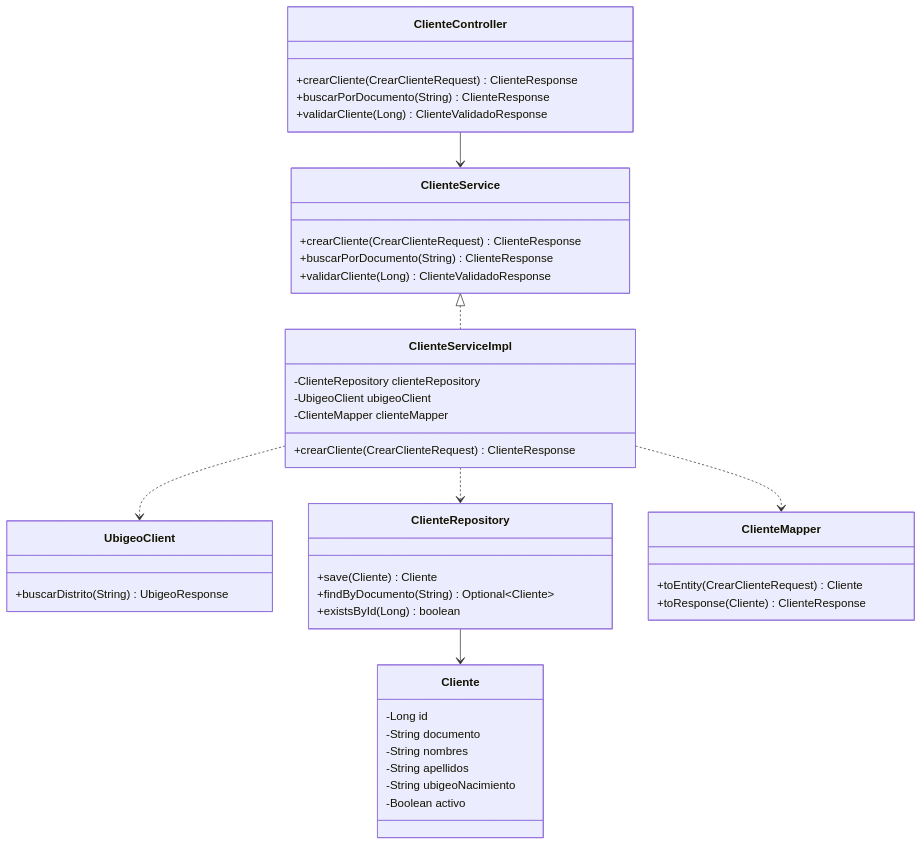
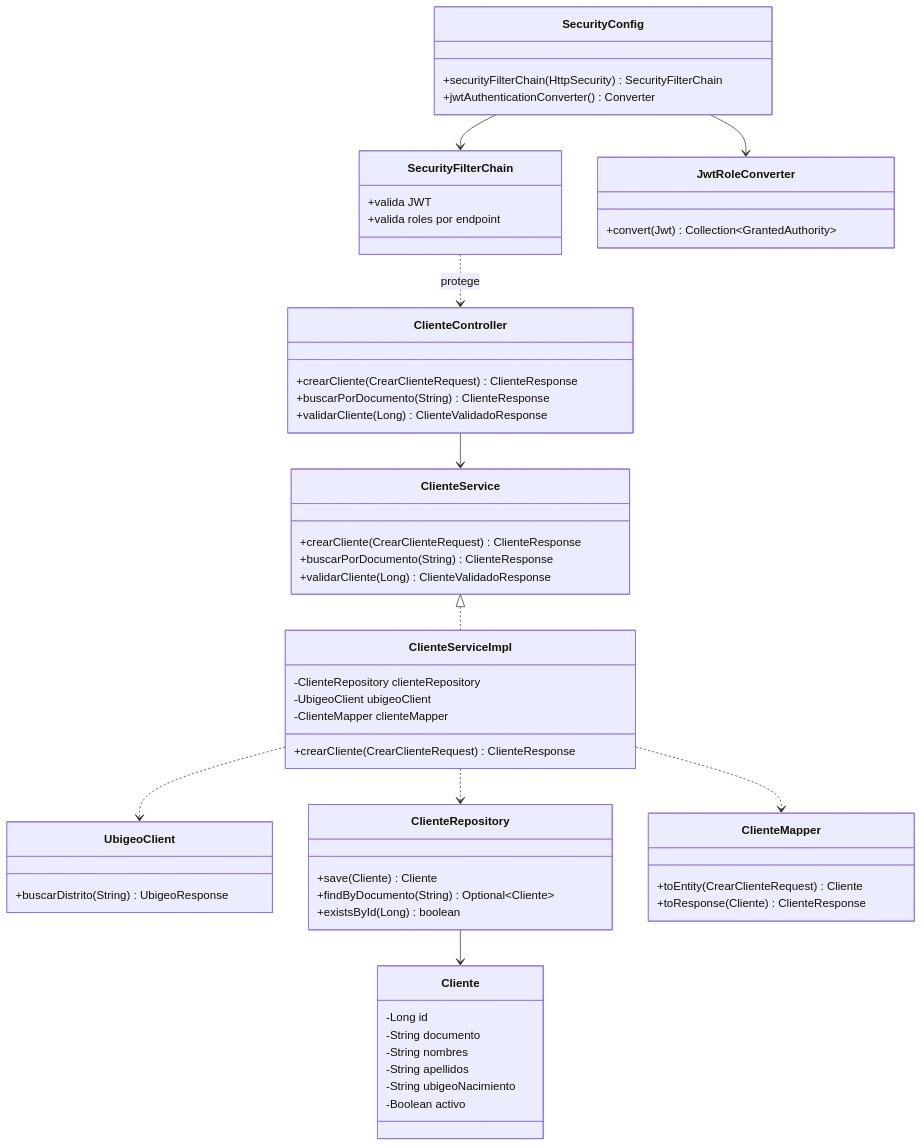
Before and after one commit to 262dist/pagatu: the sixth of 10 diagrams in README.md, drawn with Mermaid. The commit also changed other lines of this file, not shown here.

````diff
--- a/README.md
+++ b/README.md
@@ -211,52 +211,69 @@
 ```mermaid
 classDiagram
+    class SecurityConfig {
+        +securityFilterChain(HttpSecurity) SecurityFilterChain
+        +jwtAuthenticationConverter() Converter
+    }
+
+    class SecurityFilterChain {
+        +valida JWT
+        +valida roles por endpoint
+    }
+
+    class JwtRoleConverter {
+        +convert(Jwt) Collection~GrantedAuthority~
+    }
+
     class ClienteController {
         +crearCliente(CrearClienteRequest) ClienteResponse
         +buscarPorDocumento(String) ClienteResponse
         +validarCliente(Long) ClienteValidadoResponse
     }
 
     class ClienteService {
         +crearCliente(CrearClienteRequest) ClienteResponse
         +buscarPorDocumento(String) ClienteResponse
         +validarCliente(Long) ClienteValidadoResponse
     }
 
     class ClienteServiceImpl {
         -ClienteRepository clienteRepository
         -UbigeoClient ubigeoClient
         -ClienteMapper clienteMapper
         +crearCliente(CrearClienteRequest) ClienteResponse
     }
 
     class UbigeoClient {
         +buscarDistrito(String) UbigeoResponse
     }
 
     class ClienteRepository {
         +save(Cliente) Cliente
         +findByDocumento(String) Optional~Cliente~
         +existsById(Long) boolean
     }
 
     class ClienteMapper {
         +toEntity(CrearClienteRequest) Cliente
         +toResponse(Cliente) ClienteResponse
     }
 
     class Cliente {
         -Long id
         -String documento
         -String nombres
         -String apellidos
         -String ubigeoNacimiento
         -Boolean activo
     }
 
+    SecurityConfig --> SecurityFilterChain
+    SecurityConfig --> JwtRoleConverter
+    SecurityFilterChain ..> ClienteController : protege
     ClienteController --> ClienteService
     ClienteService <|.. ClienteServiceImpl
     ClienteServiceImpl ..> ClienteRepository
     ClienteServiceImpl ..> UbigeoClient
     ClienteServiceImpl ..> ClienteMapper
     ClienteRepository --> Cliente
 ```
````
